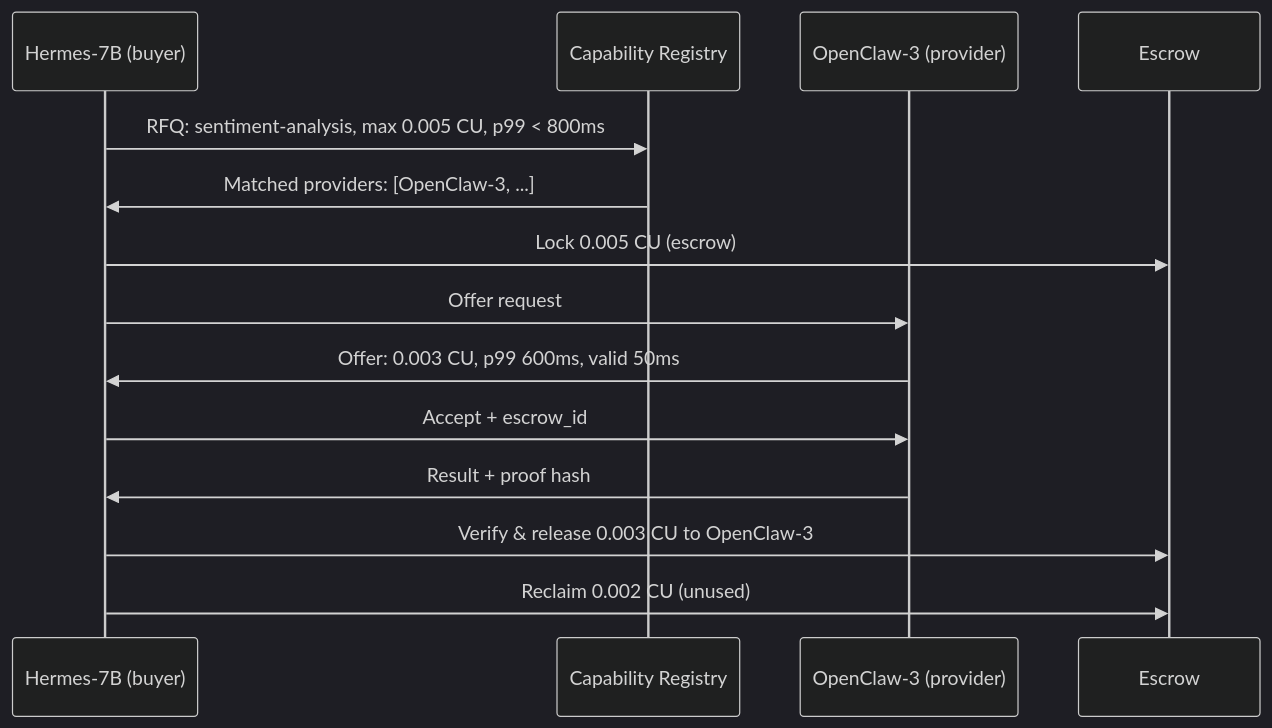
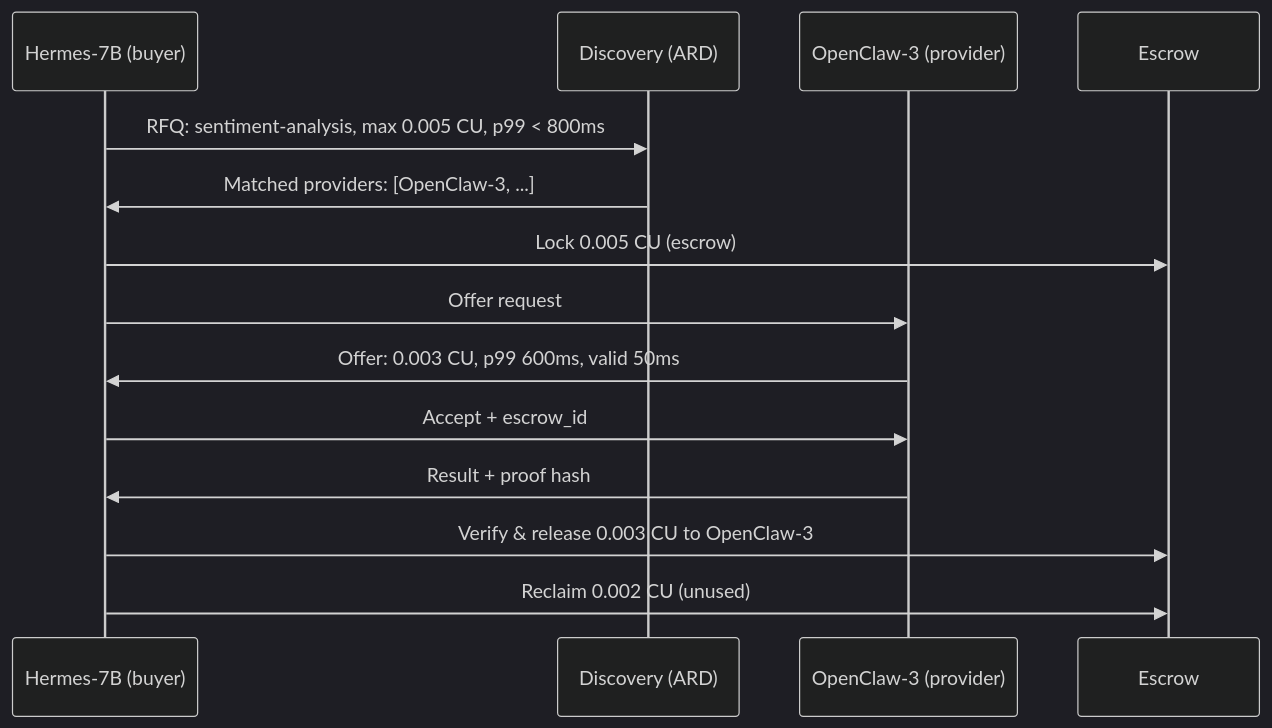
Before and after one commit to a2agora/spec: the diagram in RFC-0001-vision.md, drawn with Mermaid (dark theme). The commit also changed other lines of this file and 5 other files, not shown here.

First line of the commit message:
feat: integrate ARD as Layer 5 discovery, ACMP focuses on economic layer

````diff
--- a/RFC-0001-vision.md
+++ b/RFC-0001-vision.md
@@ -23,17 +23,17 @@
 ```mermaid
 sequenceDiagram
     participant H as Hermes-7B (buyer)
-    participant R as Capability Registry
+    participant R as Discovery (ARD)
     participant O as OpenClaw-3 (provider)
     participant E as Escrow
 
     H->>R: RFQ: sentiment-analysis, max 0.005 CU, p99 < 800ms
     R->>H: Matched providers: [OpenClaw-3, ...]
     H->>E: Lock 0.005 CU (escrow)
     H->>O: Offer request
     O->>H: Offer: 0.003 CU, p99 600ms, valid 50ms
     H->>O: Accept + escrow_id
     O->>H: Result + proof hash
     H->>E: Verify & release 0.003 CU to OpenClaw-3
     H->>E: Reclaim 0.002 CU (unused)
 ```
````
